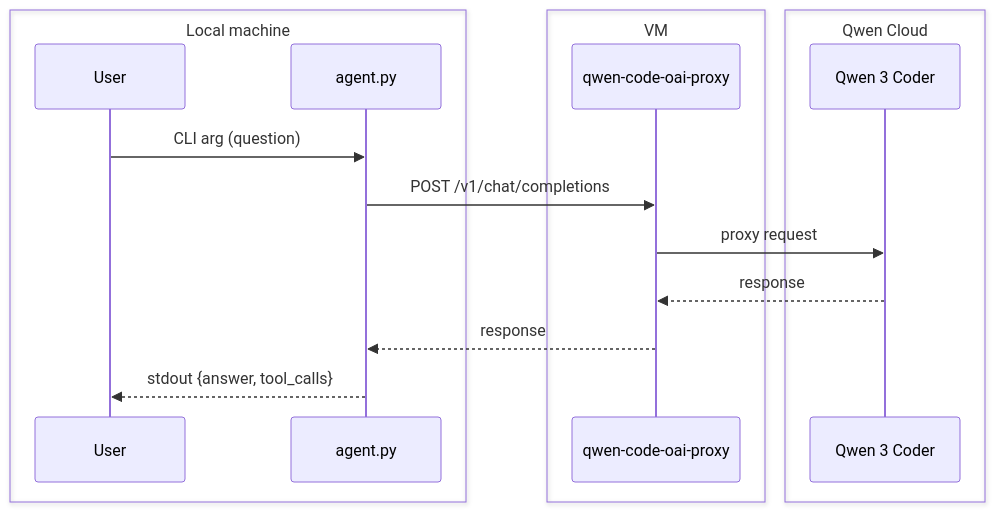
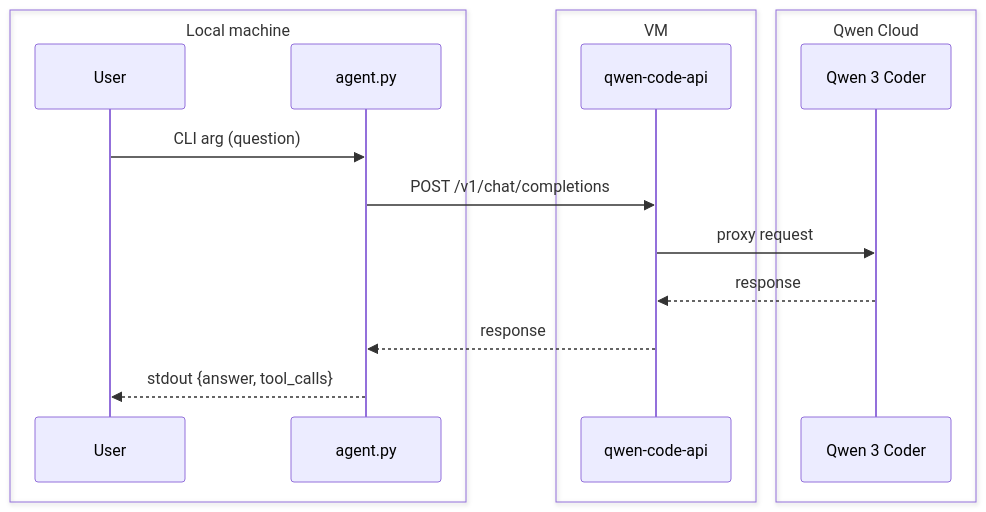
The diagram in lab/tasks/required/task-1.md (shefyo/se-toolkit-lab-8), drawn with Mermaid before and after one commit.

Commit message:
fix(tasks): repo name

````diff
--- a/lab/tasks/required/task-1.md
+++ b/lab/tasks/required/task-1.md
@@ -9,20 +9,20 @@
 ```mermaid
 sequenceDiagram
     box Local machine
         participant User
         participant agent.py
     end
     box VM
-        participant Proxy as qwen-code-oai-proxy
+        participant Proxy as qwen-code-api
     end
     box Qwen Cloud
         participant LLM as Qwen 3 Coder
     end
 
     User->>agent.py: CLI arg (question)
     agent.py->>Proxy: POST /v1/chat/completions
     Proxy->>LLM: proxy request
     LLM-->>Proxy: response
     Proxy-->>agent.py: response
     agent.py-->>User: stdout {answer, tool_calls}
 ```
````
